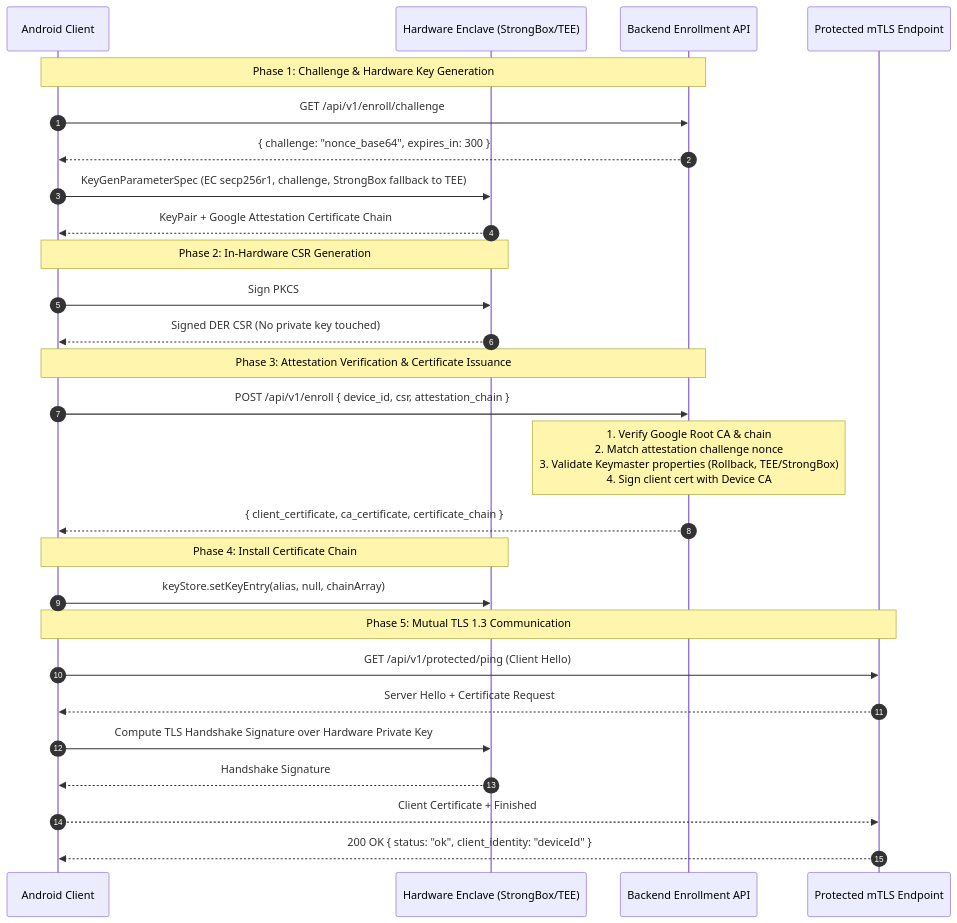
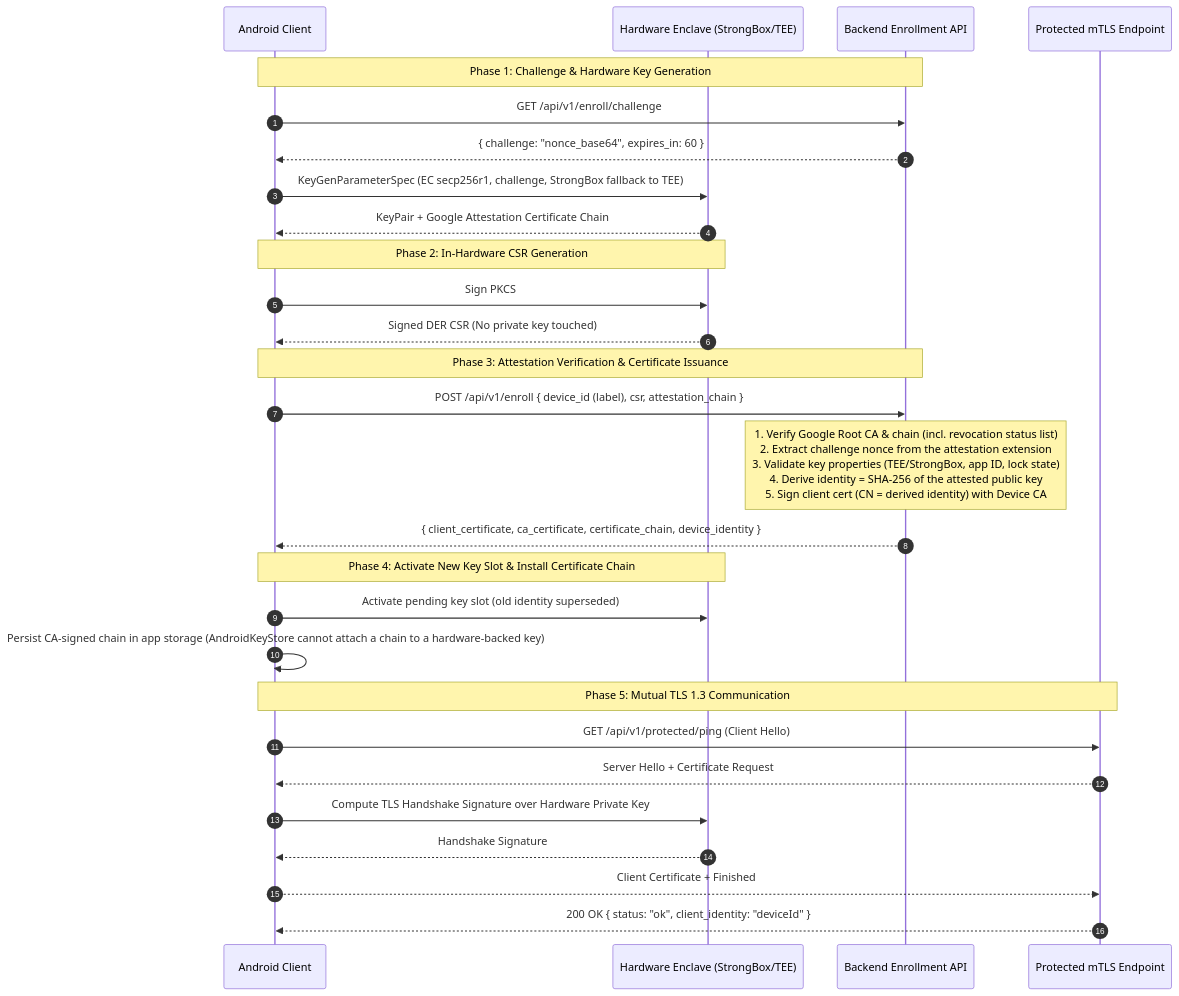
Before and after one commit to kypeli/mtls-authentication-poc: the diagram in README.md, drawn with Mermaid. The commit also changed other lines of this file and 29 other files, not shown here.

First line of the commit message:
feat(security): server-derived identity binding and attestation policy hardening

````diff
--- a/README.md
+++ b/README.md
@@ -61,35 +61,36 @@
 ```mermaid
 sequenceDiagram
     autonumber
     participant App as Android Client
     participant HW as Hardware Enclave (StrongBox/TEE)
     participant Srv as Backend Enrollment API
     participant TLS as Protected mTLS Endpoint
 
     Note over App,Srv: Phase 1: Challenge & Hardware Key Generation
     App->>Srv: GET /api/v1/enroll/challenge
-    Srv-->>App: { challenge: "nonce_base64", expires_in: 300 }
+    Srv-->>App: { challenge: "nonce_base64", expires_in: 60 }
 
     App->>HW: KeyGenParameterSpec (EC secp256r1, challenge, StrongBox fallback to TEE)
     HW-->>App: KeyPair + Google Attestation Certificate Chain
 
     Note over App,HW: Phase 2: In-Hardware CSR Generation
     App->>HW: Sign PKCS#10 CSR (CN=deviceId, SHA256withECDSA) via AndroidKeystoreSigner
     HW-->>App: Signed DER CSR (No private key touched)
 
     Note over App,Srv: Phase 3: Attestation Verification & Certificate Issuance
-    App->>Srv: POST /api/v1/enroll { device_id, csr, attestation_chain }
-    Note over Srv: 1. Verify Google Root CA & chain<br/>2. Match attestation challenge nonce<br/>3. Validate Keymaster properties (Rollback, TEE/StrongBox)<br/>4. Sign client cert with Device CA
-    Srv-->>App: { client_certificate, ca_certificate, certificate_chain }
+    App->>Srv: POST /api/v1/enroll { device_id (label), csr, attestation_chain }
+    Note over Srv: 1. Verify Google Root CA & chain (incl. revocation status list)<br/>2. Extract challenge nonce from the attestation extension<br/>3. Validate key properties (TEE/StrongBox, app ID, lock state)<br/>4. Derive identity = SHA-256 of the attested public key<br/>5. Sign client cert (CN = derived identity) with Device CA
+    Srv-->>App: { client_certificate, ca_certificate, certificate_chain, device_identity }
 
-    Note over App,HW: Phase 4: Install Certificate Chain
-    App->>HW: keyStore.setKeyEntry(alias, null, chainArray)
+    Note over App,HW: Phase 4: Activate New Key Slot & Install Certificate Chain
+    App->>HW: Activate pending key slot (old identity superseded)
+    App->>App: Persist CA-signed chain in app storage (AndroidKeyStore cannot attach a chain to a hardware-backed key)
 
     Note over App,TLS: Phase 5: Mutual TLS 1.3 Communication
     App->>TLS: GET /api/v1/protected/ping (Client Hello)
     TLS-->>App: Server Hello + Certificate Request
     App->>HW: Compute TLS Handshake Signature over Hardware Private Key
     HW-->>App: Handshake Signature
     App-->>TLS: Client Certificate + Finished
     TLS-->>App: 200 OK { status: "ok", client_identity: "deviceId" }
 ```
````
